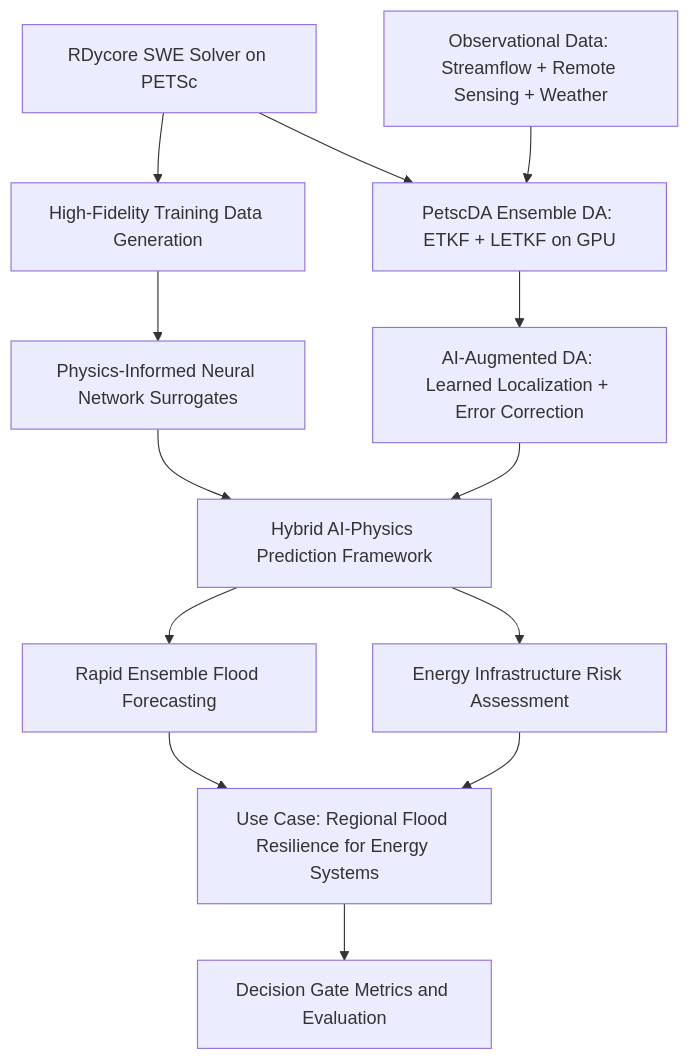
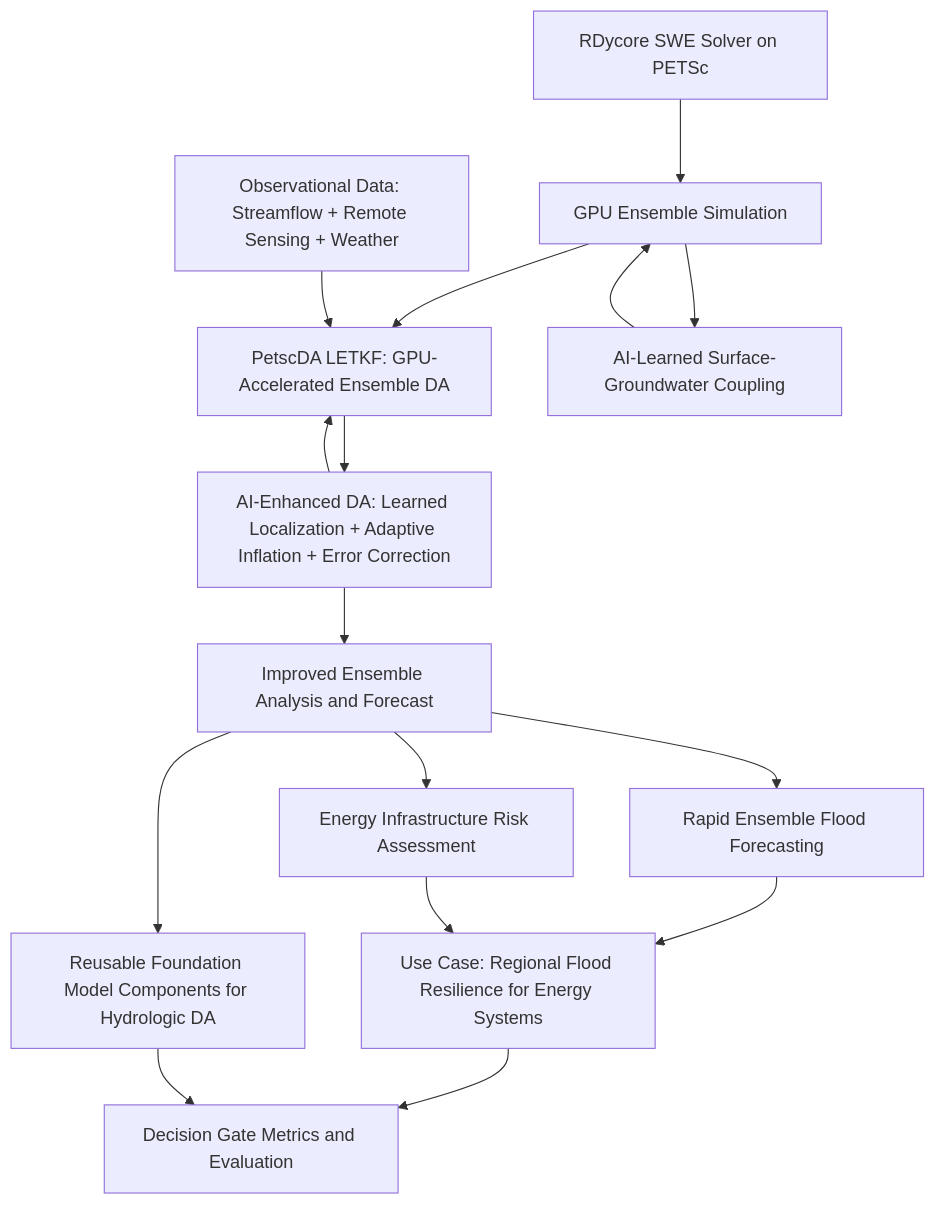
The diagram in plans/genesis-mission-foa-response-plan.md (RDycore/RDycore), drawn with Mermaid before and after one commit. The commit also changed other lines of this file, not shown here.

````diff
--- a/plans/genesis-mission-foa-response-plan.md
+++ b/plans/genesis-mission-foa-response-plan.md
@@ -98,15 +138,18 @@
 ```mermaid
 flowchart TD
-    A[RDycore SWE Solver on PETSc] --> B[High-Fidelity Training Data Generation]
-    B --> C[Physics-Informed Neural Network Surrogates]
-    C --> D[Hybrid AI-Physics Prediction Framework]
-    A --> DA[PetscDA Ensemble DA: ETKF + LETKF on GPU]
-    E[Observational Data: Streamflow + Remote Sensing + Weather] --> DA
-    DA --> AI[AI-Augmented DA: Learned Localization + Error Correction]
-    AI --> D
+    A[RDycore SWE Solver on PETSc] --> B[GPU Ensemble Simulation]
+    B --> C[PetscDA LETKF: GPU-Accelerated Ensemble DA]
+    E[Observational Data: Streamflow + Remote Sensing + Weather] --> C
+    C --> AI[AI-Enhanced DA: Learned Localization + Adaptive Inflation + Error Correction]
+    AI --> C
+    GW[AI-Learned Surface-Groundwater Coupling] --> B
+    B --> GW
+    AI --> D[Improved Ensemble Analysis and Forecast]
+    D --> FM[Reusable Foundation Model Components for Hydrologic DA]
     D --> G[Rapid Ensemble Flood Forecasting]
     D --> H[Energy Infrastructure Risk Assessment]
     G --> I[Use Case: Regional Flood Resilience for Energy Systems]
     H --> I
     I --> J[Decision Gate Metrics and Evaluation]
+    FM --> J
 ```
````
